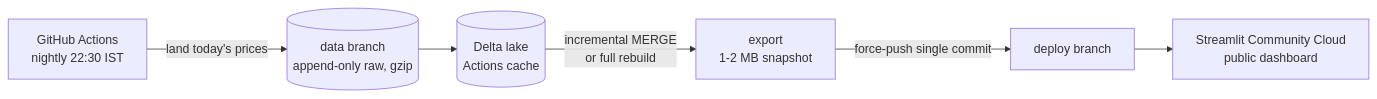
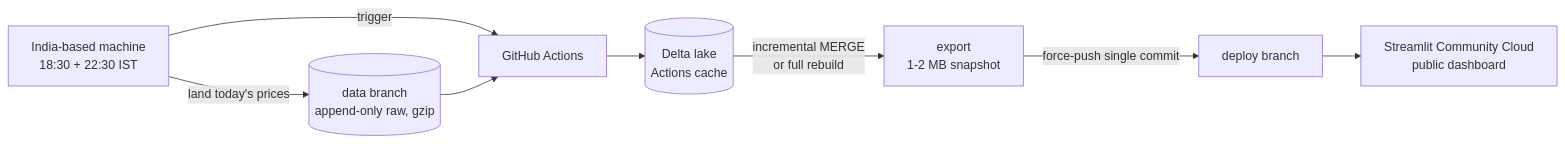
The second of 2 diagrams in README.md (Santoshpal47/freshlens), drawn with Mermaid before and after one commit. The commit also changed other lines of this file and 3 other files, not shown here.

First line of the commit message:
Land in India, build on GitHub: sync script + launchd scheduler

````diff
--- a/README.md
+++ b/README.md
@@ -38,8 +38,9 @@
 ```mermaid
 flowchart LR
-    GA[GitHub Actions<br/>nightly 22:30 IST] -->|land today's prices| DB[(data branch<br/>append-only raw, gzip)]
-    DB --> L[(Delta lake<br/>Actions cache)]
+    IN[India-based machine<br/>18:30 + 22:30 IST] -->|land today's prices| DB[(data branch<br/>append-only raw, gzip)]
+    IN -->|trigger| GA[GitHub Actions]
+    DB --> GA --> L[(Delta lake<br/>Actions cache)]
     L -->|incremental MERGE<br/>or full rebuild| X[export<br/>1-2 MB snapshot]
     X -->|force-push single commit| DP[deploy branch]
     DP --> SC[Streamlit Community Cloud<br/>public dashboard]
 ```
````
